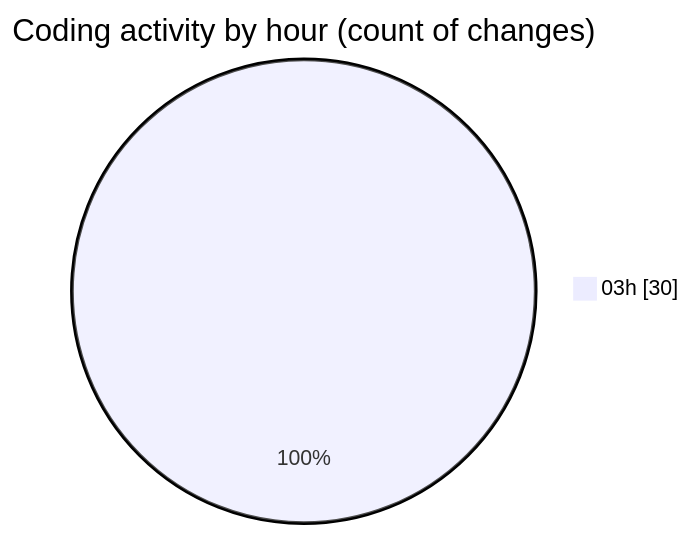
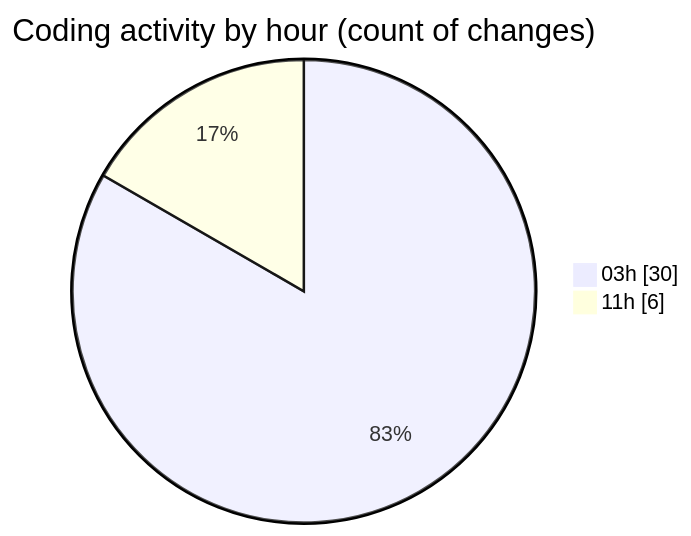
Before and after one commit to lephambinh05/code-tracking: the second of 2 diagrams in 2025-09-13/napxuvn/README.md, drawn with Mermaid. The commit also changed other lines of this file and 1 other file, not shown here.

````diff
--- a/2025-09-13/napxuvn/README.md
+++ b/2025-09-13/napxuvn/README.md
@@ -37,5 +40,6 @@
 ```mermaid
 pie showData
 title Coding activity by hour (count of changes)
 "03h" : 30
+"11h" : 6
 ```
````
